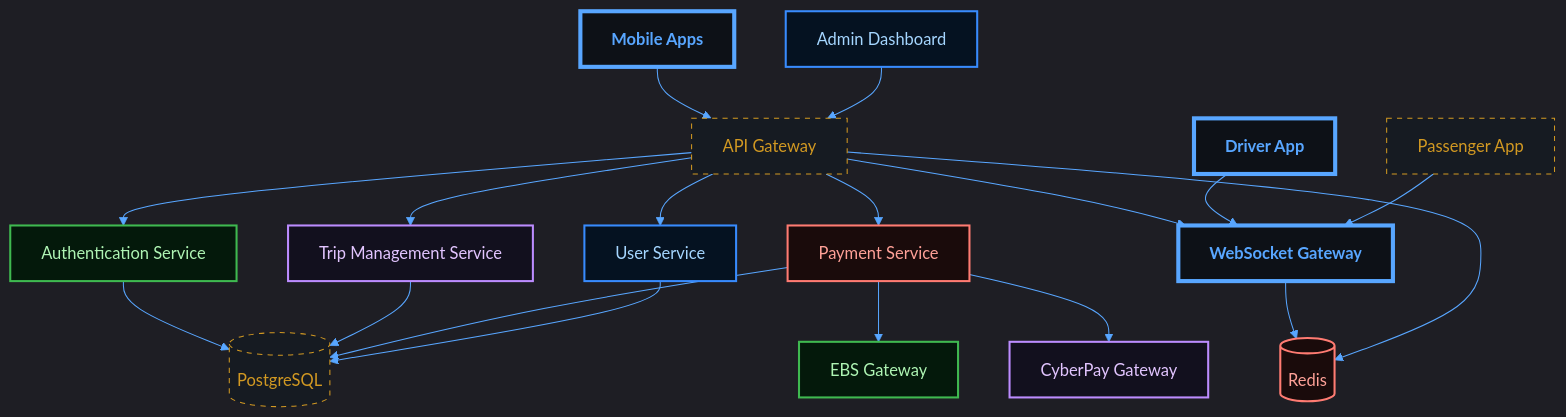
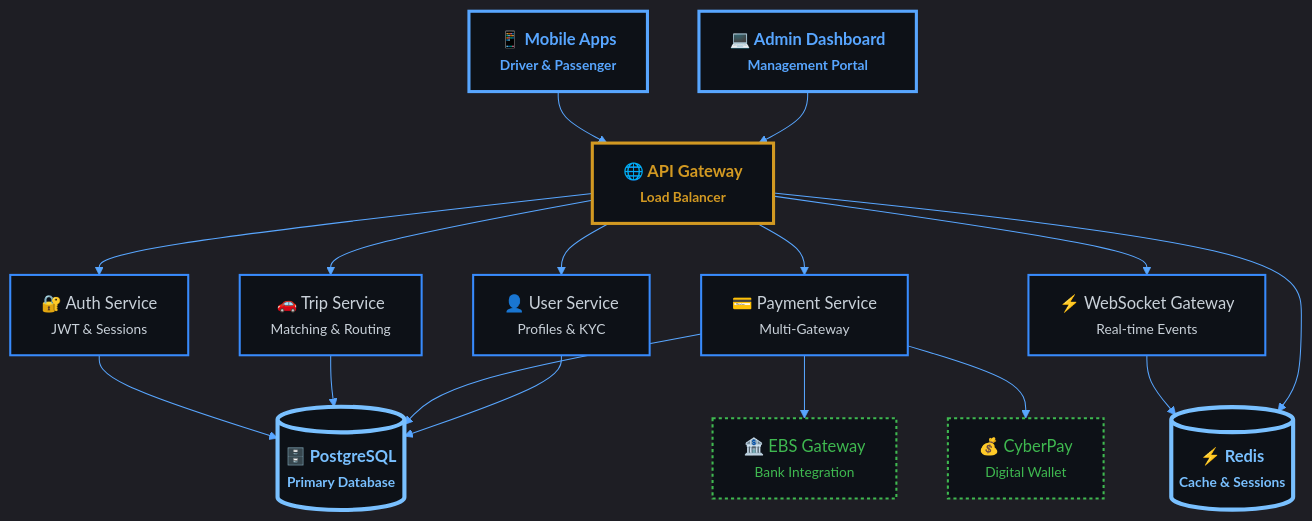
Before and after one commit to abdoElHodaky/transportapp: the first of 2 diagrams in README.md, drawn with Mermaid. The commit also changed other lines of this file, not shown here.

First line of the commit message:
✨ Create eye-catching README with simplified content and diagram analysis

````diff
--- a/README.md
+++ b/README.md
@@ -71,79 +38,55 @@
 ```mermaid
 %%{init: {
-    "theme": "dark",
-    "themeVariables": {
+  "theme": "dark",
+  "themeVariables": {
     "primaryColor": "#0d1117",
     "primaryTextColor": "#58a6ff",
     "primaryBorderColor": "#58a6ff",
-    "lineColor": "#58a6ff"
-    },
-    "flowchart": {
+    "lineColor": "#58a6ff",
+    "secondaryColor": "#388bfd",
+    "tertiaryColor": "#79c0ff"
+  },
+  "flowchart": {
     "useMaxWidth": true,
     "htmlLabels": true
-    }
-    }}%%
+  }
+}}%%
 graph TB
-    A["Mobile Apps"] --> B["API Gateway"]
-    B --> C["Authentication Service"]
-    B --> D["Trip Management Service"]
-    B --> E["Payment Service"]
-    B --> F["User Service"]
-    B --> G["WebSocket Gateway"]
+    %% Client Applications
+    MA["📱 Mobile Apps<br/><small>Driver & Passenger</small>"] --> AG["🌐 API Gateway<br/><small>Load Balancer</small>"]
+    AD["💻 Admin Dashboard<br/><small>Management Portal</small>"] --> AG
     
-    C --> H[("PostgreSQL")]
-    D --> H
-    E --> H
-    F --> H
+    %% Core Services
+    AG --> AS["🔐 Auth Service<br/><small>JWT & Sessions</small>"]
+    AG --> TS["🚗 Trip Service<br/><small>Matching & Routing</small>"]
+    AG --> PS["💳 Payment Service<br/><small>Multi-Gateway</small>"]
+    AG --> US["👤 User Service<br/><small>Profiles & KYC</small>"]
+    AG --> WS["⚡ WebSocket Gateway<br/><small>Real-time Events</small>"]
     
-    E --> I["EBS Gateway"]
-    E --> J["CyberPay Gateway"]
+    %% Data Layer
+    AS --> DB[("🗄️ PostgreSQL<br/><small>Primary Database</small>")]
+    TS --> DB
+    PS --> DB
+    US --> DB
     
-    G --> K[("Redis")]
-    B --> K
+    %% External Services
+    PS --> EBS["🏦 EBS Gateway<br/><small>Bank Integration</small>"]
+    PS --> CP["💰 CyberPay<br/><small>Digital Wallet</small>"]
     
-    L["Admin Dashboard"] --> B
-    M["Driver App"] --> G
-    N["Passenger App"] --> G
+    %% Cache & Real-time
+    WS --> RD[("⚡ Redis<br/><small>Cache & Sessions</small>")]
+    AG --> RD
 
-    %%  --- DARK GRADIENT & GLOW STYLING ---
-    
-    %%  Main Dashboard (Neon Cyan/Blue)
-    classDef main fill : #0d1117, stroke:#58a6ff, stroke-width: 4px,color:#58a6ff,font-weight: bold;
-    
-    
-    %%  Decision Diamond (Gold Glow)
-    classDef decision fill : #161b22, stroke:#d29922, color:#d29922,stroke-dasharray: 5 5;
-    
-    
-    %%  Revenue (Emerald Gradient Style)
-    classDef revNode fill : #04190b, stroke:#3fb950, color:#aff5b4,stroke-width: 2px;
-    
-    
-    %%  Commission (Purple Gradient Style)
-    classDef commNode fill : #12101e, stroke:#bc8cff, color:#e2c5ff,stroke-width: 2px;
-    
-    
-    %%  Refund (Ruby Gradient Style)
-    classDef refNode fill : #1a0b0b, stroke:#ff7b72, color:#ffa198,stroke-width: 2px;
-    
-    
-    %%  Earnings (Sapphire Gradient Style)
-    classDef earnNode fill : #051221, stroke:#388bfd, color:#a5d6ff,stroke-width: 2px;
-    
+    %% Styling
+    classDef mobile fill:#0d1117,stroke:#58a6ff,stroke-width:3px,color:#58a6ff,font-weight:bold;
+    classDef service fill:#0d1117,stroke:#388bfd,stroke-width:2px,color:#c9d1d9,font-weight:normal;
+    classDef database fill:#0d1117,stroke:#79c0ff,stroke-width:4px,color:#79c0ff,font-weight:bold;
+    classDef external fill:#0d1117,stroke:#3fb950,stroke-width:2px,color:#3fb950,font-weight:normal,stroke-dasharray: 3 3;
+    classDef gateway fill:#0d1117,stroke:#d29922,stroke-width:3px,color:#d29922,font-weight:bold;
 
-    class A main;
-    class B decision;
-    class C revNode;
-    class D commNode;
-    class E refNode;
-    class F earnNode;
-    class G main;
-    class H decision;
-    class I revNode;
-    class J commNode;
-    class K refNode;
-    class L earnNode;
-    class M main;
-    class N decision;
-
+    class MA,AD mobile;
+    class AS,TS,PS,US,WS service;
+    class DB,RD database;
+    class EBS,CP external;
+    class AG gateway;
 ```
````
